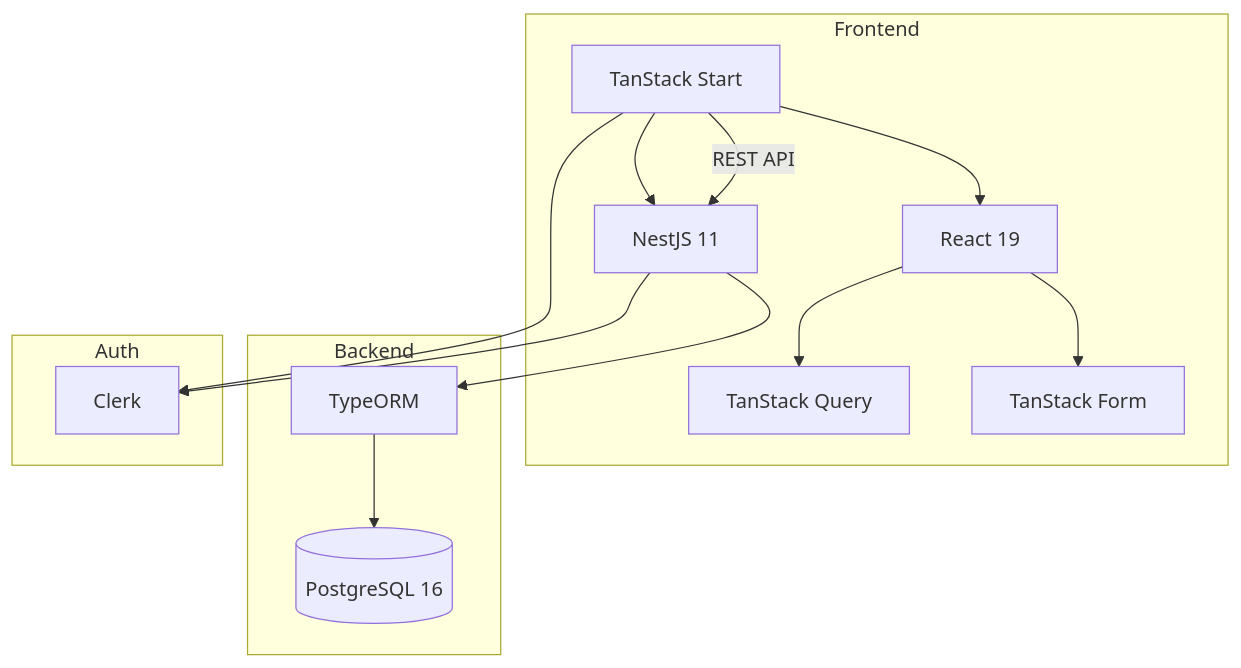
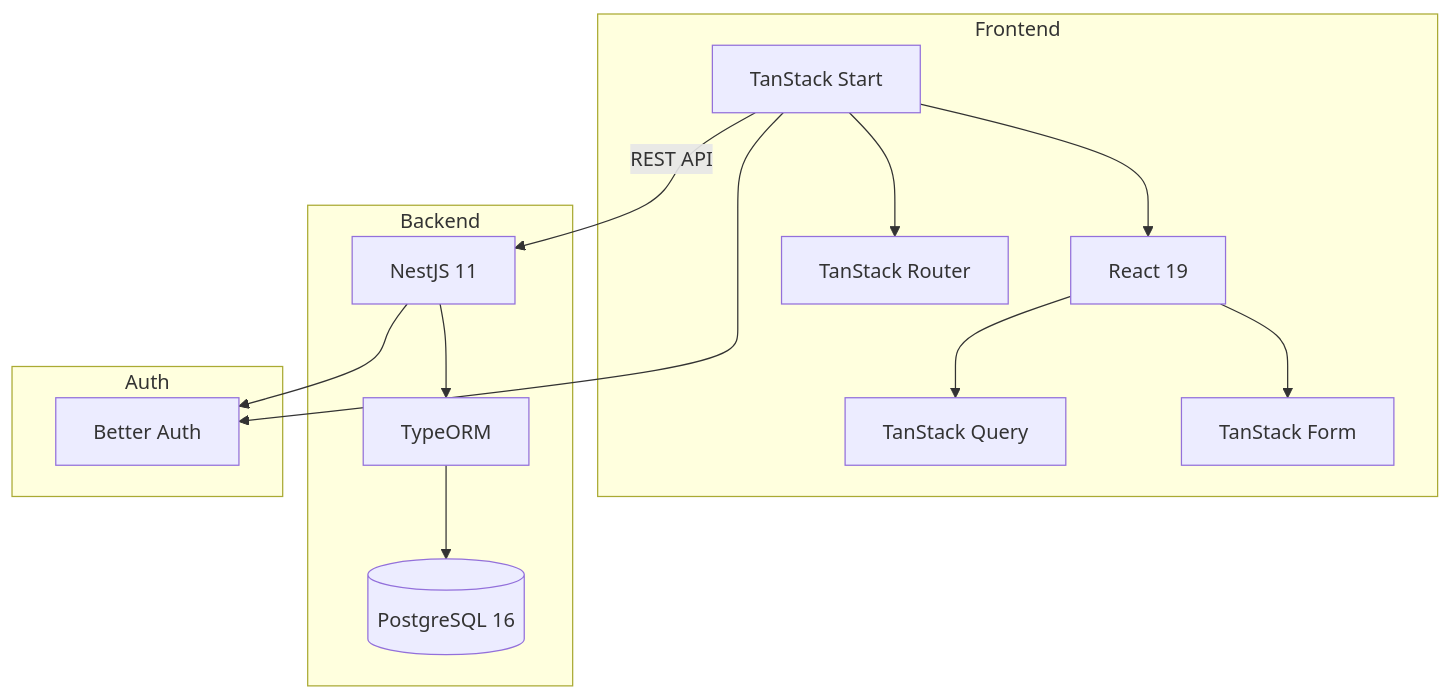
One commit to librestock/documentation changed the first of 2 diagrams in docs/development/architecture.md. Above: the diagram before and after it, drawn with Mermaid. The commit also changed other lines of this file and 55 other files, not shown here.

````diff
--- a/docs/development/architecture.md
+++ b/docs/development/architecture.md
@@ -5,22 +5,22 @@
 ```mermaid
 graph TB
     subgraph "Frontend"
         A[TanStack Start] --> B[React 19]
         A --> E[TanStack Router]
         B --> C[TanStack Query]
         B --> D[TanStack Form]
     end
 
     subgraph "Backend"
-        E[NestJS 11] --> F[TypeORM]
-        F --> G[(PostgreSQL 16)]
+        F[NestJS 11] --> G[TypeORM]
+        G --> H[(PostgreSQL 16)]
     end
 
     subgraph "Auth"
-        H[Clerk]
+        I[Better Auth]
     end
 
-    A -->|REST API| E
-    A --> H
-    E --> H
+    A -->|REST API| F
+    A --> I
+    F --> I
 ```
````
